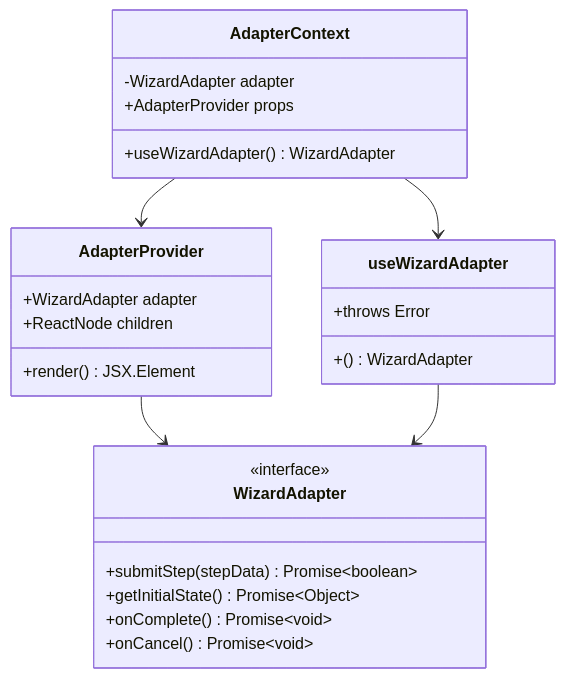
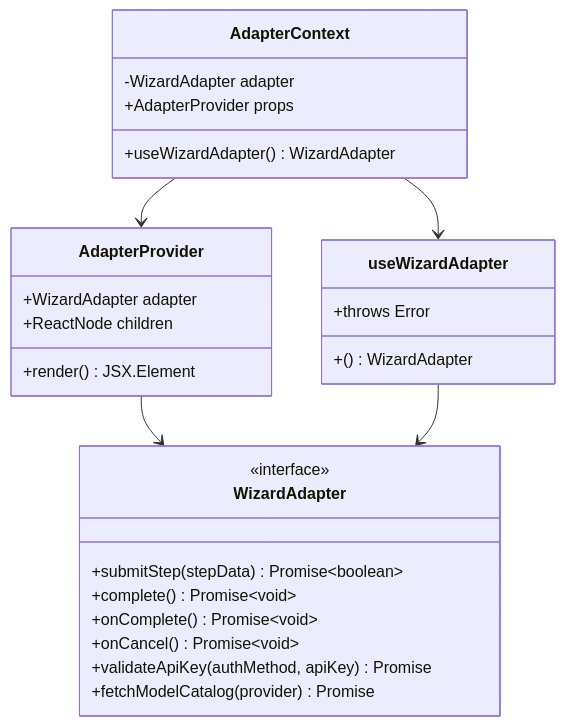
One commit to verse-ai-org/openclaw changed the seventh of 11 diagrams in .qoder/repowiki/zh/content/设置向导设计文档.md. Above: the diagram before and after it, drawn with Mermaid. The commit also changed other lines of this file and 78 other files, not shown here.

````diff
--- a/.qoder/repowiki/zh/content/设置向导设计文档.md
+++ b/.qoder/repowiki/zh/content/设置向导设计文档.md
@@ -322,28 +360,30 @@
 ```mermaid
 classDiagram
 class AdapterContext {
 -WizardAdapter adapter
 +AdapterProvider props
 +useWizardAdapter() WizardAdapter
 }
 class AdapterProvider {
 +WizardAdapter adapter
 +ReactNode children
 +render() JSX.Element
 }
 class useWizardAdapter {
 +() WizardAdapter
 +throws Error
 }
 class WizardAdapter {
 <<interface>>
 +submitStep(stepData) Promise~boolean~
-+getInitialState() Promise~Object~
++complete() Promise~void~
 +onComplete() Promise~void~
 +onCancel() Promise~void~
++validateApiKey(authMethod, apiKey) Promise
++fetchModelCatalog(provider) Promise
 }
 AdapterContext --> AdapterProvider
 AdapterContext --> useWizardAdapter
 AdapterProvider --> WizardAdapter
 useWizardAdapter --> WizardAdapter
 ```
````
